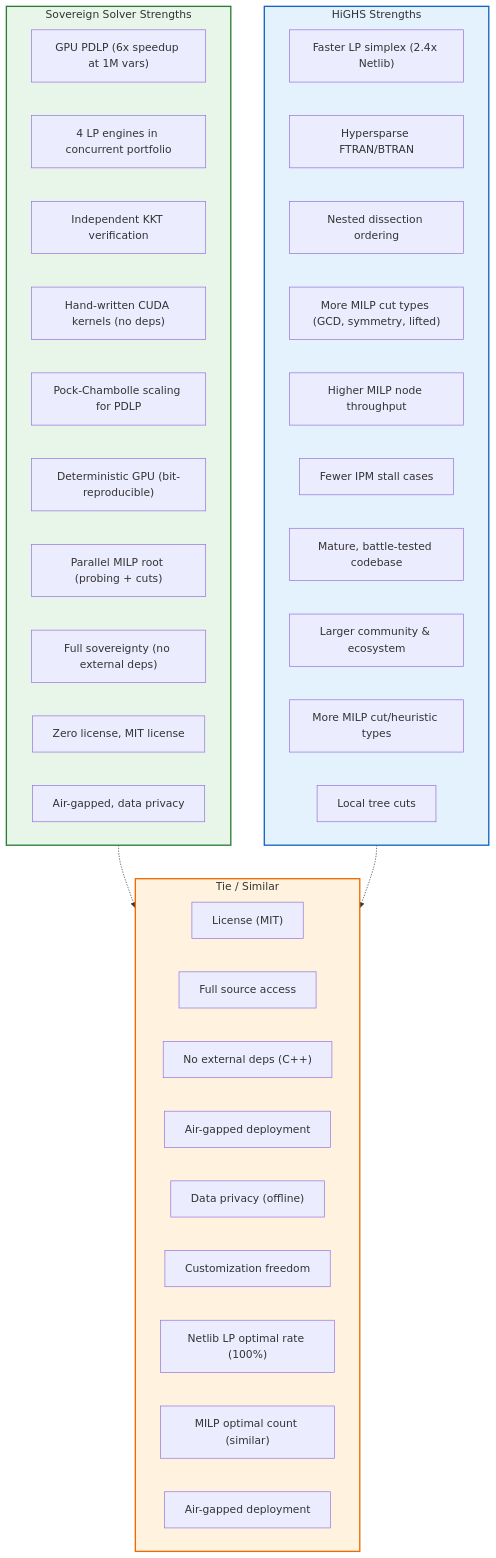
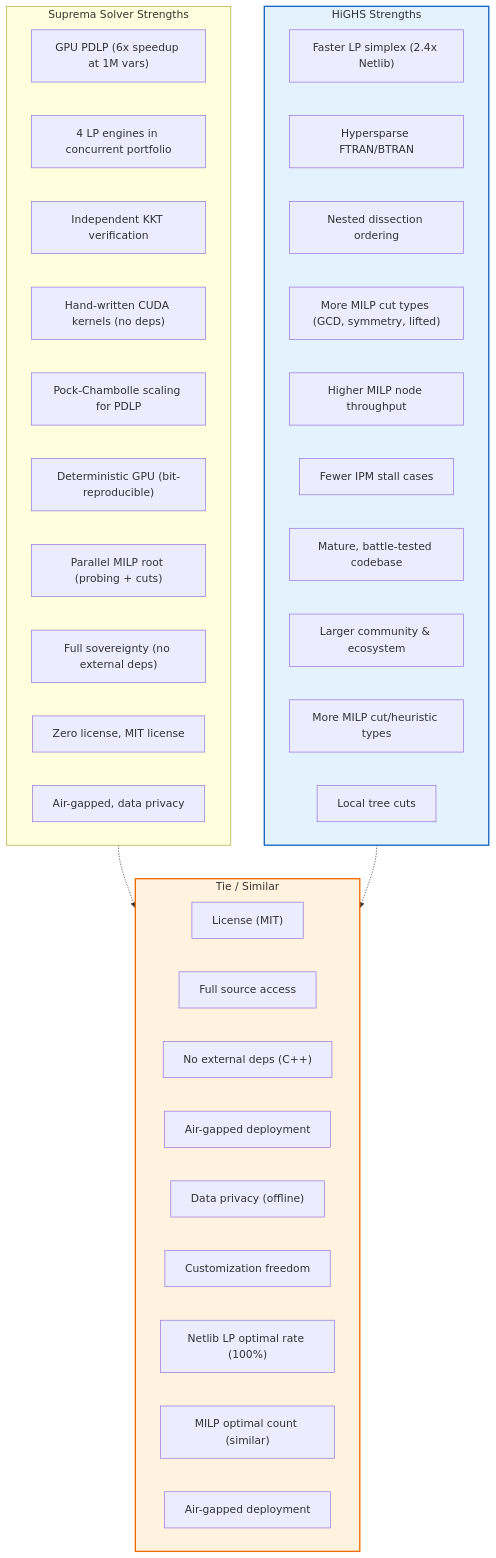
Before and after one commit to TANESHDEVHARE/Team-Suprema: the sixth of 11 diagrams in README.md, drawn with Mermaid. The commit also changed other lines of this file, not shown here.

Commit message:
Revise README for Suprema solver strengths and value
Updated comparison graph and value proposition for Suprema solver.

````diff
--- a/README.md
+++ b/README.md
@@ -734,51 +734,51 @@
 ```mermaid
 graph TB
-    subgraph SOVEREIGN["Sovereign Solver Strengths"]
+    subgraph SUPREMA["Suprema Solver Strengths"]
         S1["GPU PDLP (6x speedup at 1M vars)"]
         S2["4 LP engines in concurrent portfolio"]
         S3["Independent KKT verification"]
         S4["Hand-written CUDA kernels (no deps)"]
         S5["Pock-Chambolle scaling for PDLP"]
         S6["Deterministic GPU (bit-reproducible)"]
         S7["Parallel MILP root (probing + cuts)"]
         S8["Full sovereignty (no external deps)"]
         S9["Zero license, MIT license"]
         S10["Air-gapped, data privacy"]
     end
     
     subgraph HIGHGHS["HiGHS Strengths"]
         H1["Faster LP simplex (2.4x Netlib)"]
         H2["Hypersparse FTRAN/BTRAN"]
         H3["Nested dissection ordering"]
         H3b["More MILP cut types (GCD, symmetry, lifted)"]
         H4["Higher MILP node throughput"]
         H5["Fewer IPM stall cases"]
         H6["Mature, battle-tested codebase"]
         H7["Larger community & ecosystem"]
         H8["More MILP cut/heuristic types"]
         H9["Local tree cuts"]
     end
     
     subgraph TIED["Tie / Similar"]
         T1["License (MIT)"]
         T2["Full source access"]
         T3["No external deps (C++)"]
         T4["Air-gapped deployment"]
         T5["Data privacy (offline)"]
         T6["Customization freedom"]
         T7["Netlib LP optimal rate (100%)"]
         T8["MILP optimal count (similar)"]
         T9["Air-gapped deployment"]
     end
     
-    SOVEREIGN -.-> TIED
+    SUPREMA -.-> TIED
     HIGHGHS -.-> TIED
     
     classDef sov fill:#e8f5e9,stroke:#2e7d32,stroke-width:2px
     classDef high fill:#e3f2fd,stroke:#1565c0,stroke-width:2px
     classDef tie fill:#fff3e0,stroke:#ef6c00,stroke-width:2px
     
     class SOVEREIGN sov
     class HIGHGHS high
     class TIED tie
 ```
````
